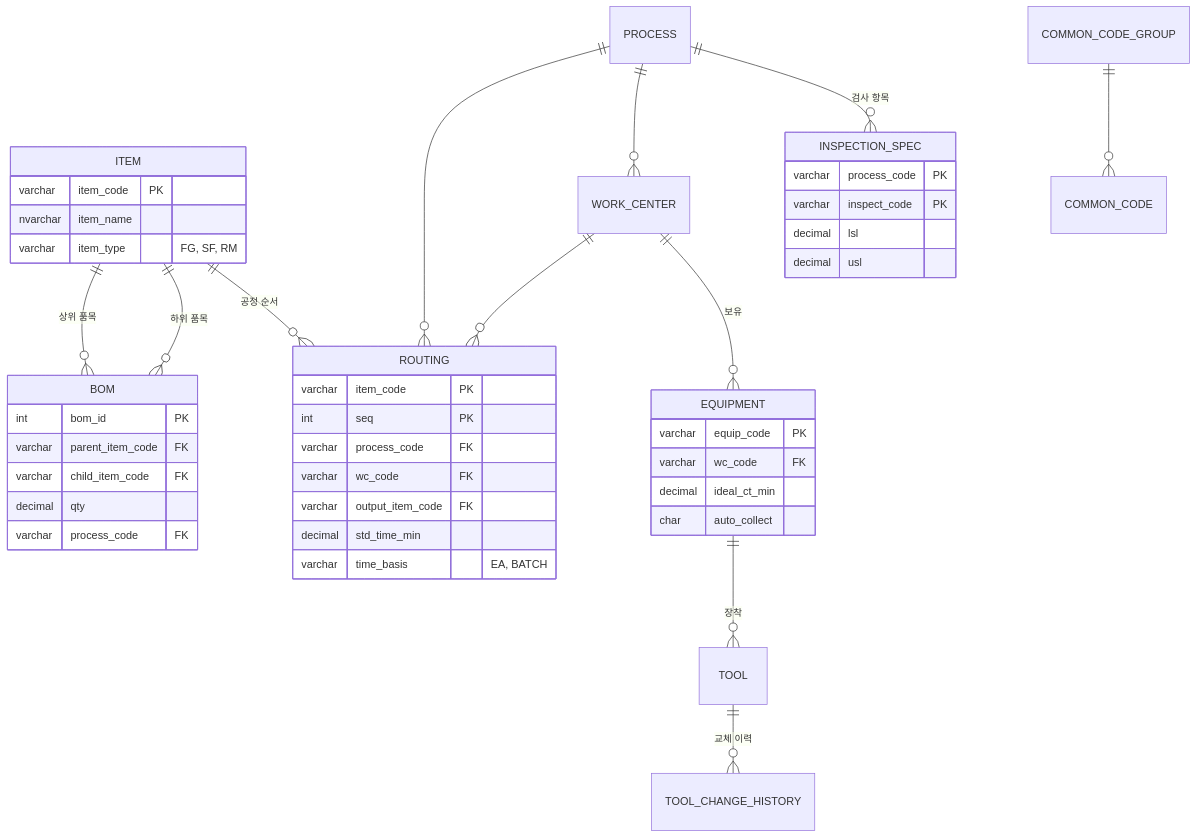
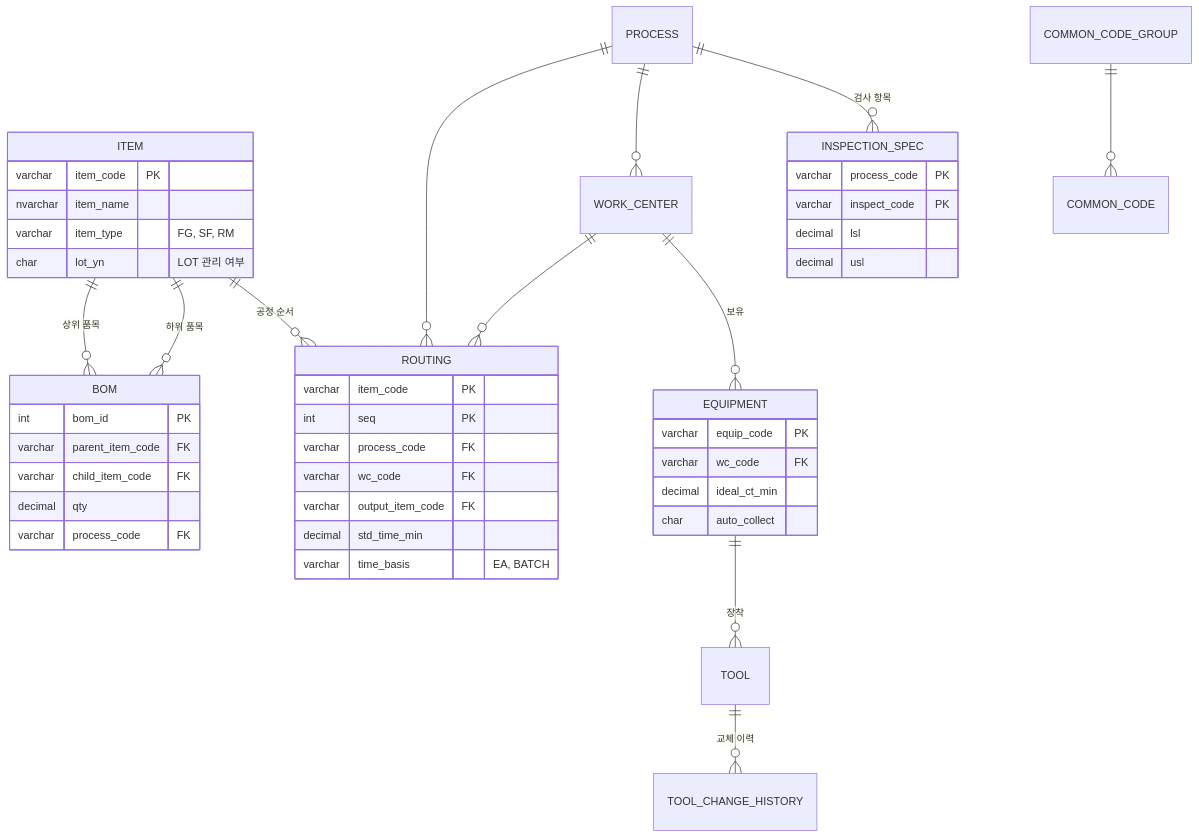
Before and after one commit to Minhong0/mes: the first of 3 diagrams in docs/erd.md, drawn with Mermaid. The commit also changed other lines of this file and 46 other files, not shown here.

````diff
--- a/docs/erd.md
+++ b/docs/erd.md
@@ -8,48 +8,49 @@
 ```mermaid
 erDiagram
     ITEM ||--o{ BOM : "상위 품목"
     ITEM ||--o{ BOM : "하위 품목"
     ITEM ||--o{ ROUTING : "공정 순서"
     PROCESS ||--o{ ROUTING : ""
     WORK_CENTER ||--o{ ROUTING : ""
     PROCESS ||--o{ WORK_CENTER : ""
     WORK_CENTER ||--o{ EQUIPMENT : "보유"
     PROCESS ||--o{ INSPECTION_SPEC : "검사 항목"
     EQUIPMENT ||--o{ TOOL : "장착"
     TOOL ||--o{ TOOL_CHANGE_HISTORY : "교체 이력"
     COMMON_CODE_GROUP ||--o{ COMMON_CODE : ""
 
     ITEM {
         varchar item_code PK
         nvarchar item_name
         varchar item_type "FG, SF, RM"
+        char lot_yn "LOT 관리 여부"
     }
     BOM {
         int bom_id PK
         varchar parent_item_code FK
         varchar child_item_code FK
         decimal qty
         varchar process_code FK
     }
     ROUTING {
         varchar item_code PK
         int seq PK
         varchar process_code FK
         varchar wc_code FK
         varchar output_item_code FK
         decimal std_time_min
         varchar time_basis "EA, BATCH"
     }
     EQUIPMENT {
         varchar equip_code PK
         varchar wc_code FK
         decimal ideal_ct_min
         char auto_collect
     }
     INSPECTION_SPEC {
         varchar process_code PK
         varchar inspect_code PK
         decimal lsl
         decimal usl
     }
 ```
````
